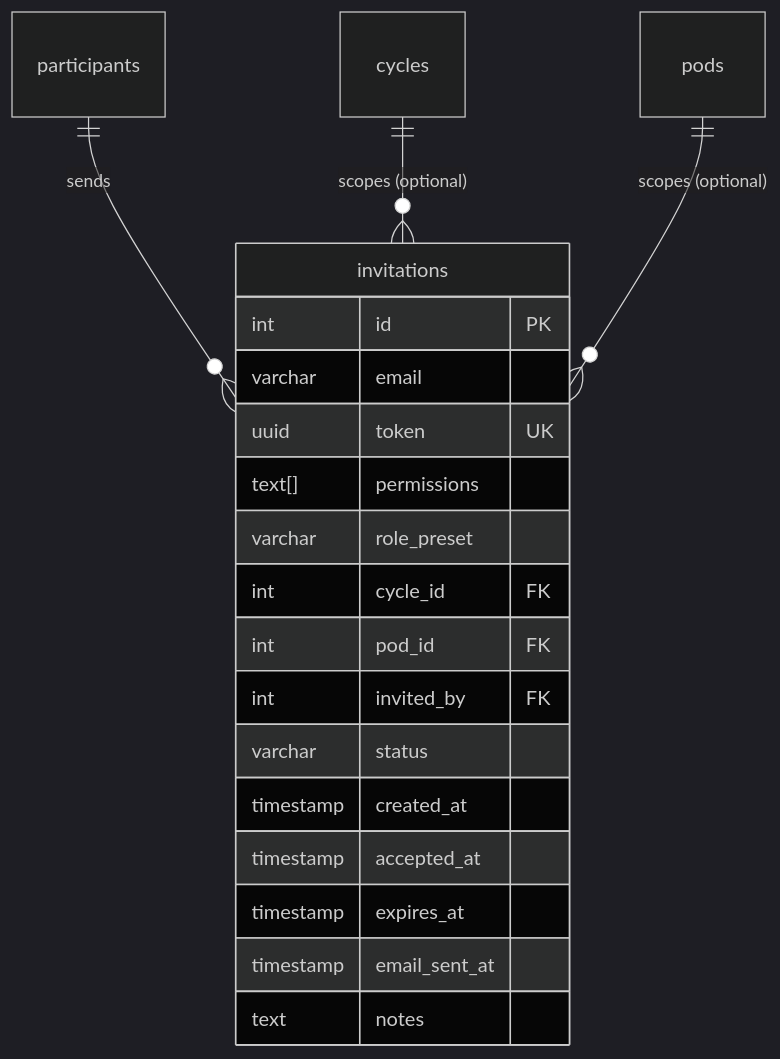
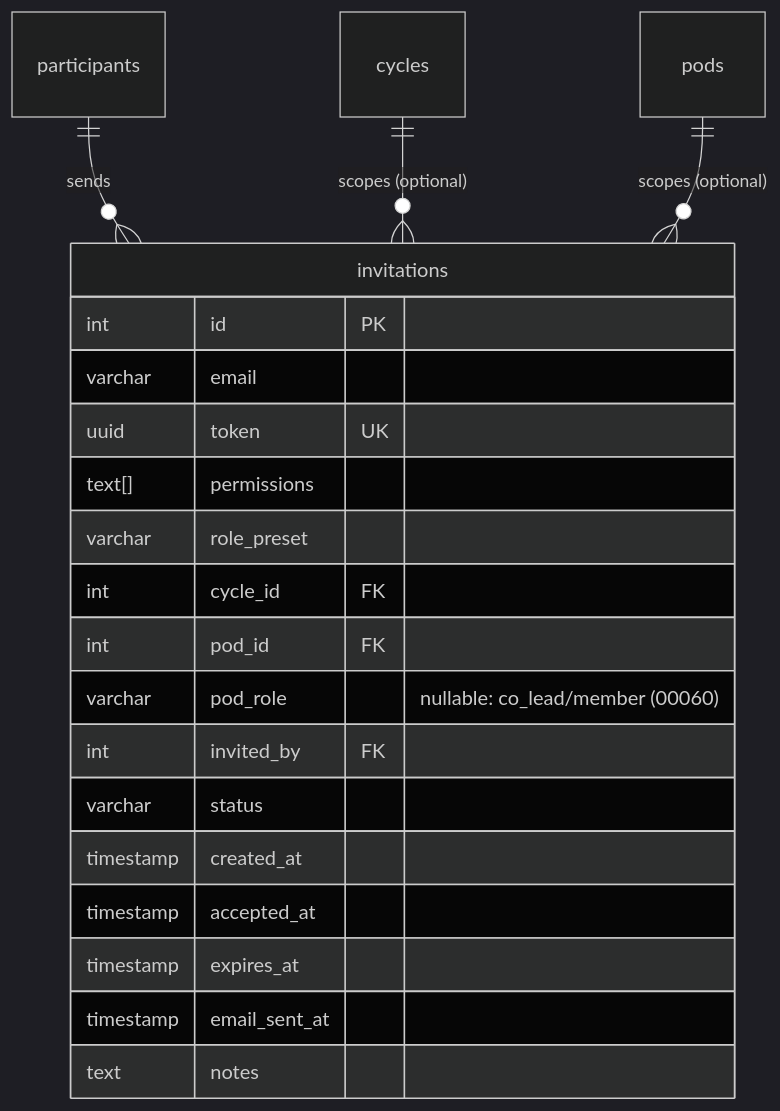
One commit to TheUpskillingLabs/OLOS changed the sixth of 9 diagrams in SCHEMA.md. Above: the diagram before and after it, drawn with Mermaid (dark theme). The commit also changed other lines of this file and 18 other files, not shown here.

````diff
--- a/SCHEMA.md
+++ b/SCHEMA.md
@@ -408,23 +414,24 @@
 ```mermaid
 erDiagram
     invitations {
         int id PK
         varchar email
         uuid token UK
         text[] permissions
         varchar role_preset
         int cycle_id FK
         int pod_id FK
+        varchar pod_role "nullable: co_lead/member (00060)"
         int invited_by FK
         varchar status
         timestamp created_at
         timestamp accepted_at
         timestamp expires_at
         timestamp email_sent_at
         text notes
     }
 
     participants ||--o{ invitations : "sends"
     cycles ||--o{ invitations : "scopes (optional)"
     pods ||--o{ invitations : "scopes (optional)"
 ```
````
